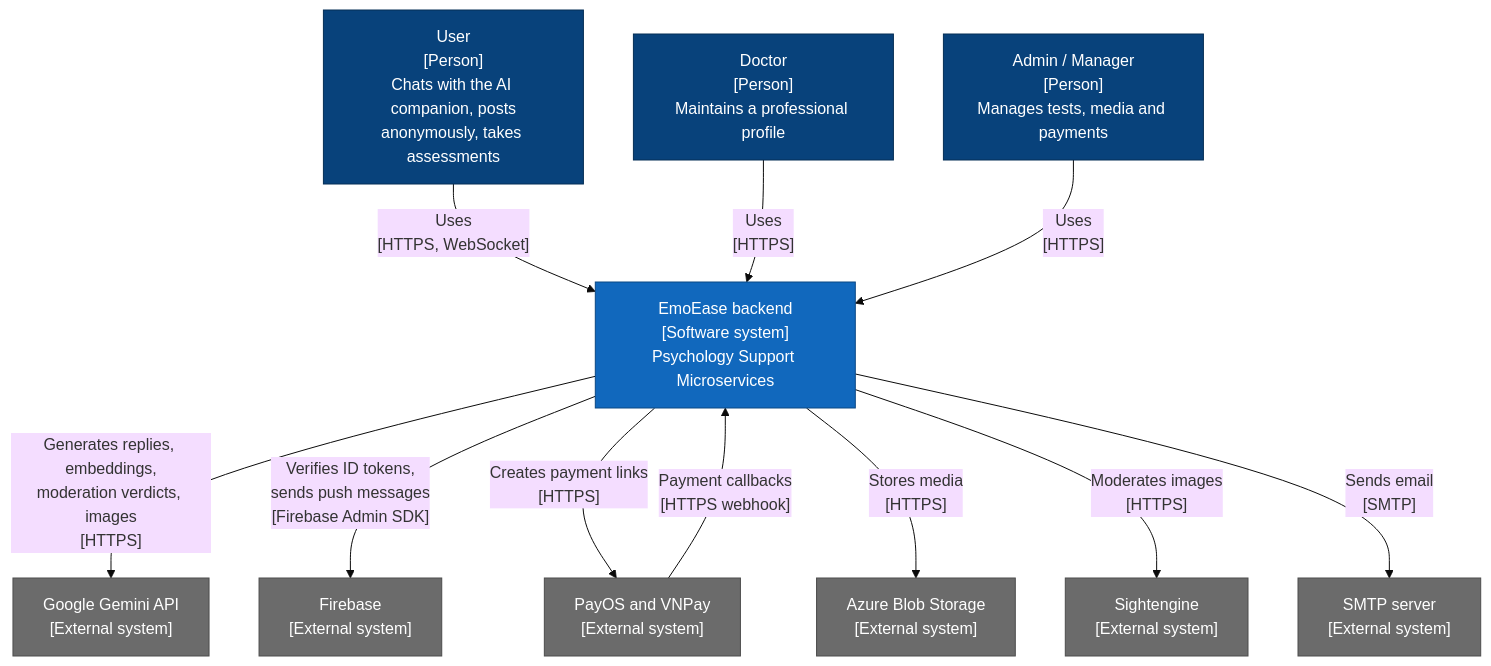
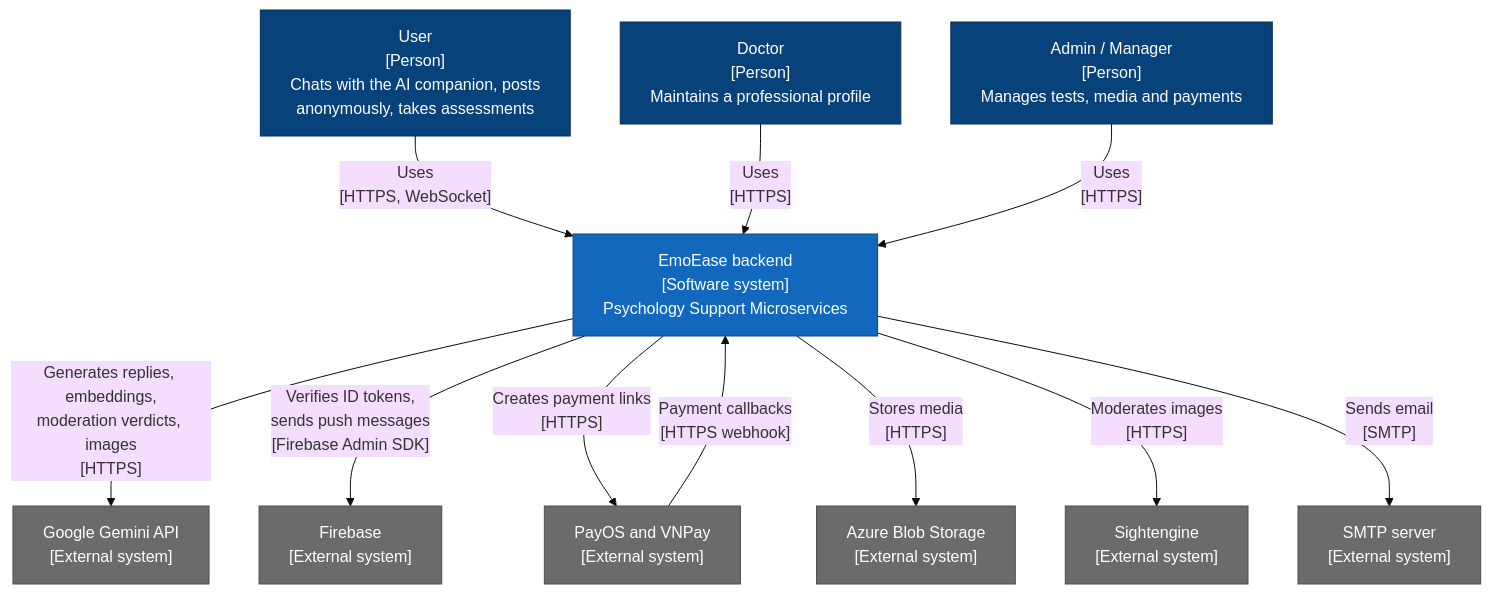
Before and after one commit to anht04/psychology-support-microservices: the first of 6 diagrams in README.md, drawn with Mermaid (base theme).

Commit message:
Enhance system context diagram in README
Updated mermaid diagram for system context in README.

````diff
--- a/README.md
+++ b/README.md
@@ -46,34 +46,35 @@
 ```mermaid
+%%{init: {"flowchart": {"wrappingWidth": 400}}}%%
 flowchart TB
     user["User<br/>[Person]<br/>Chats with the AI companion, posts<br/>anonymously, takes assessments"]
     doctor["Doctor<br/>[Person]<br/>Maintains a professional profile"]
     staff["Admin / Manager<br/>[Person]<br/>Manages tests, media and payments"]
 
     emo["EmoEase backend<br/>[Software system]<br/>Psychology Support Microservices"]
 
     gemini["Google Gemini API<br/>[External system]"]
     firebase["Firebase<br/>[External system]"]
     pay["PayOS and VNPay<br/>[External system]"]
     blob["Azure Blob Storage<br/>[External system]"]
     sight["Sightengine<br/>[External system]"]
     smtp["SMTP server<br/>[External system]"]
 
     user -->|"Uses<br/>[HTTPS, WebSocket]"| emo
     doctor -->|"Uses<br/>[HTTPS]"| emo
     staff -->|"Uses<br/>[HTTPS]"| emo
 
     emo -->|"Generates replies, embeddings,<br/>moderation verdicts, images<br/>[HTTPS]"| gemini
     emo -->|"Verifies ID tokens,<br/>sends push messages<br/>[Firebase Admin SDK]"| firebase
     emo -->|"Creates payment links<br/>[HTTPS]"| pay
     pay -->|"Payment callbacks<br/>[HTTPS webhook]"| emo
     emo -->|"Stores media<br/>[HTTPS]"| blob
     emo -->|"Moderates images<br/>[HTTPS]"| sight
     emo -->|"Sends email<br/>[SMTP]"| smtp
 
     classDef person fill:#08427b,stroke:#052e56,color:#ffffff
     classDef system fill:#1168bd,stroke:#0b4884,color:#ffffff
     classDef external fill:#6b6b6b,stroke:#4d4d4d,color:#ffffff
     class user,doctor,staff person
     class emo system
     class gemini,firebase,pay,blob,sight,smtp external
 ```
````
